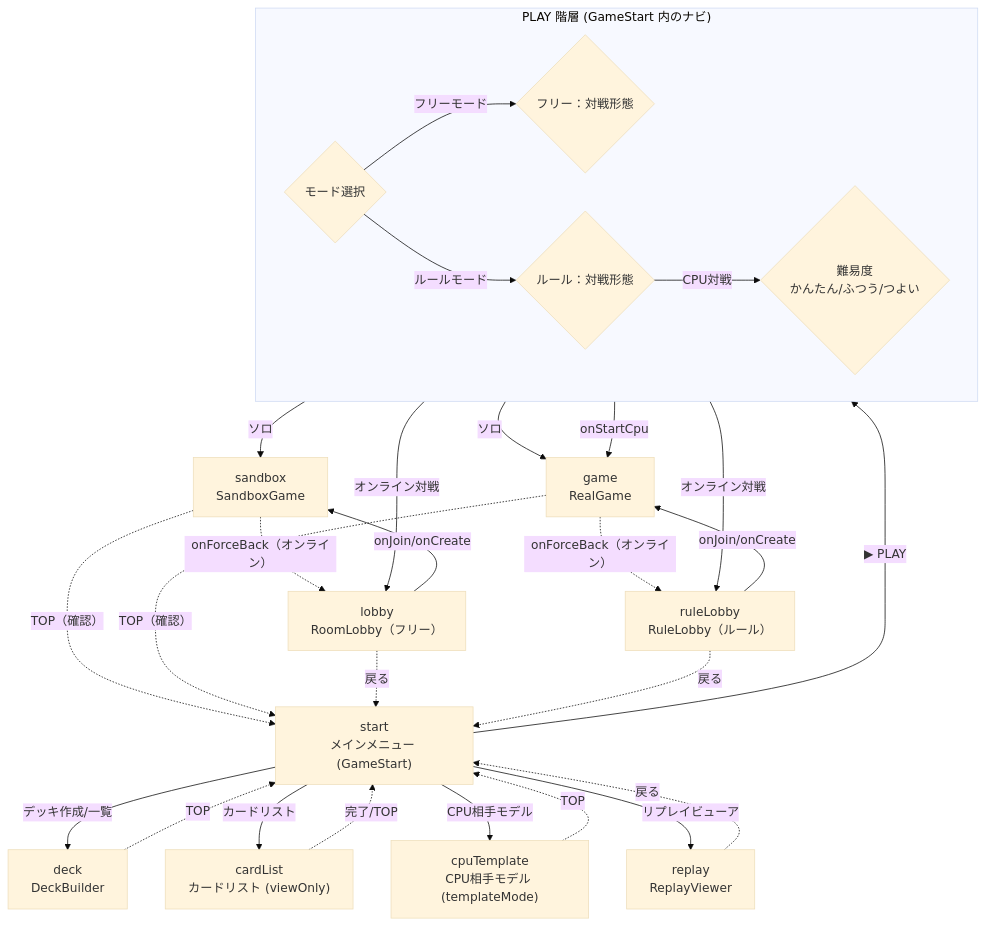
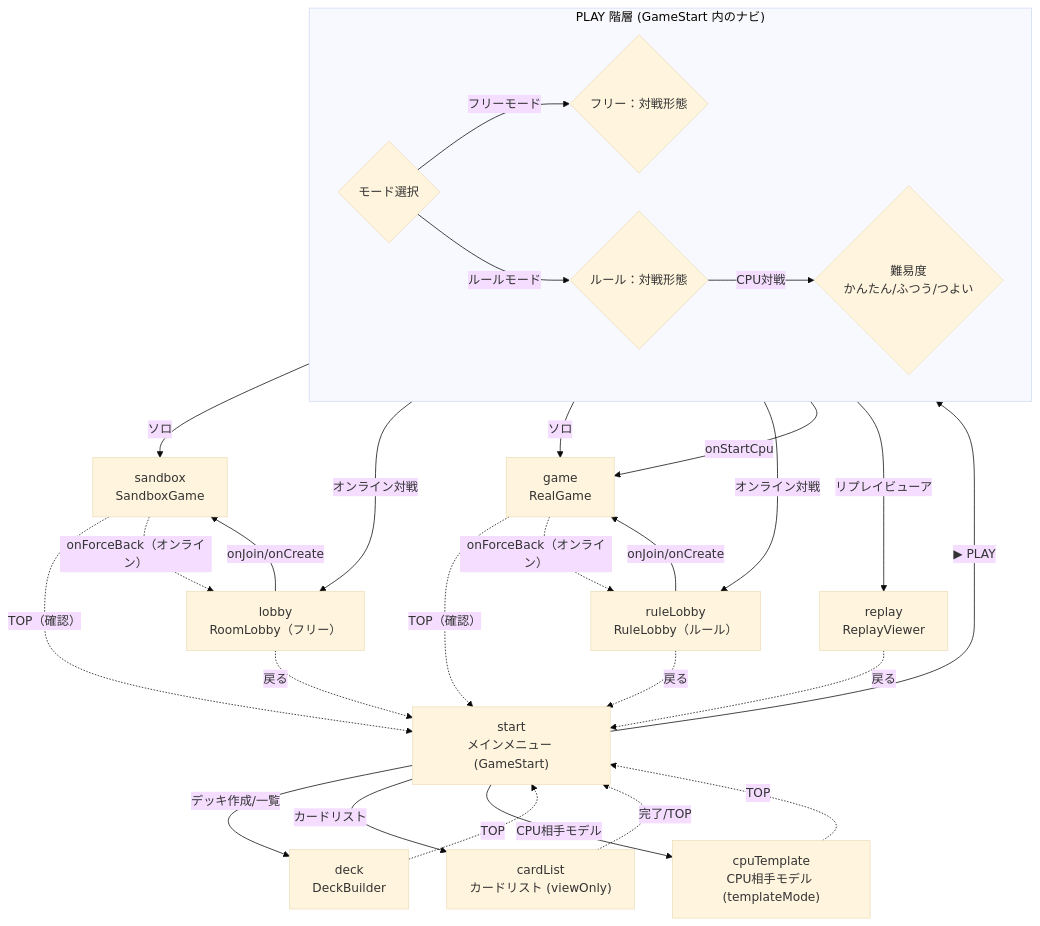
Before and after one commit to gx5gyqe2-art/opcg-sim-frontend: the first of 2 diagrams in docs/screen-design.md, drawn with Mermaid (base theme). The commit also changed other lines of this file and 1 other file, not shown here.

Commit message:
refactor(replay): リプレイビューア導線を Play 階層へ移動
Deck & Cards セクションから Play（playStep=match）へ移し、
ソロプレイ/オンライン対戦/CPU対戦 と並列に配置。docs 追従。

Claude-Session: https://claude.ai/code/session_019TYogNv5FSSeeqJG3emm44

````diff
--- a/docs/screen-design.md
+++ b/docs/screen-design.md
@@ -36,51 +36,52 @@
 ```mermaid
 flowchart TD
     start["start<br/>メインメニュー (GameStart)"]
 
     subgraph PLAY["PLAY 階層 (GameStart 内のナビ)"]
         direction LR
         mode{"モード選択"}
         freeMatch{"フリー：対戦形態"}
         ruleMatch{"ルール：対戦形態"}
         diff{"難易度<br/>かんたん/ふつう/つよい"}
     end
 
     lobby["lobby<br/>RoomLobby（フリー）"]
     ruleLobby["ruleLobby<br/>RuleLobby（ルール）"]
     sandbox["sandbox<br/>SandboxGame"]
     game["game<br/>RealGame"]
     deck["deck<br/>DeckBuilder"]
     cardList["cardList<br/>カードリスト (viewOnly)"]
     cpuTemplate["cpuTemplate<br/>CPU相手モデル (templateMode)"]
 
     start -->|▶ PLAY| mode
     mode -->|フリーモード| freeMatch
     mode -->|ルールモード| ruleMatch
 
     freeMatch -->|ソロ| sandbox
     freeMatch -->|オンライン対戦| lobby
     lobby -->|onJoin/onCreate| sandbox
 
     ruleMatch -->|ソロ| game
     ruleMatch -->|オンライン対戦| ruleLobby
     ruleLobby -->|onJoin/onCreate| game
     ruleMatch -->|CPU対戦| diff
     diff -->|onStartCpu| game
 
+    ruleMatch -->|リプレイビューア| replay["replay<br/>ReplayViewer"]
+
     start -->|デッキ作成/一覧| deck
     start -->|カードリスト| cardList
     start -->|CPU相手モデル| cpuTemplate
-    start -->|リプレイビューア| replay["replay<br/>ReplayViewer"]
 
     %% 戻り導線
     sandbox -.->|TOP（確認）| start
     game -.->|TOP（確認）| start
     sandbox -.->|onForceBack（オンライン）| lobby
     game -.->|onForceBack（オンライン）| ruleLobby
     lobby -.->|戻る| start
     ruleLobby -.->|戻る| start
     deck -.->|TOP| start
     cardList -.->|完了/TOP| start
     cpuTemplate -.->|TOP| start
     replay -.->|戻る| start
 ```
````
